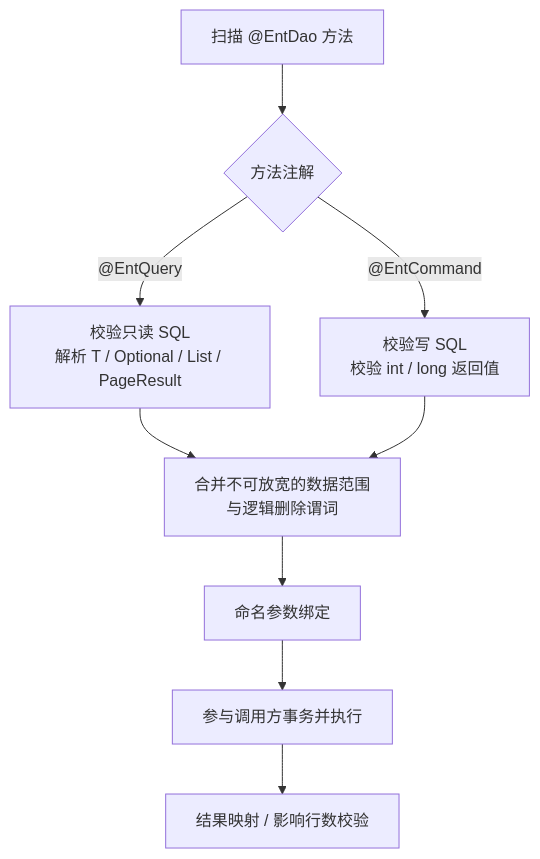
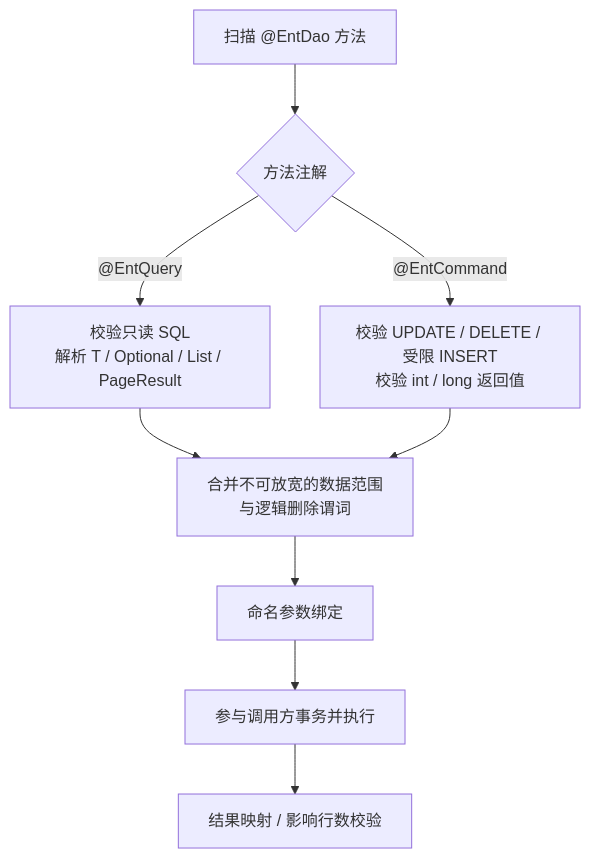
One commit to ent-loom/ent-loom changed the second of 2 diagrams in docs/architecture/components/crud/实体DAO自定义方法.md. Above: the diagram before and after it, drawn with Mermaid. The commit also changed other lines of this file and 3 other files, not shown here.

````diff
--- a/docs/architecture/components/crud/实体DAO自定义方法.md
+++ b/docs/architecture/components/crud/实体DAO自定义方法.md
@@ -87,11 +87,11 @@
 ```mermaid
 flowchart TD
     method["扫描 @EntDao 方法"] --> kind{"方法注解"}
     kind -->|"@EntQuery"| queryCheck["校验只读 SQL<br/>解析 T / Optional / List / PageResult"]
-    kind -->|"@EntCommand"| commandCheck["校验写 SQL<br/>校验 int / long 返回值"]
+    kind -->|"@EntCommand"| commandCheck["校验 UPDATE / DELETE / 受限 INSERT<br/>校验 int / long 返回值"]
     queryCheck --> scope["合并不可放宽的数据范围<br/>与逻辑删除谓词"]
     commandCheck --> scope
     scope --> bind["命名参数绑定"]
     bind --> execute["参与调用方事务并执行"]
     execute --> map["结果映射 / 影响行数校验"]
 ```
````
